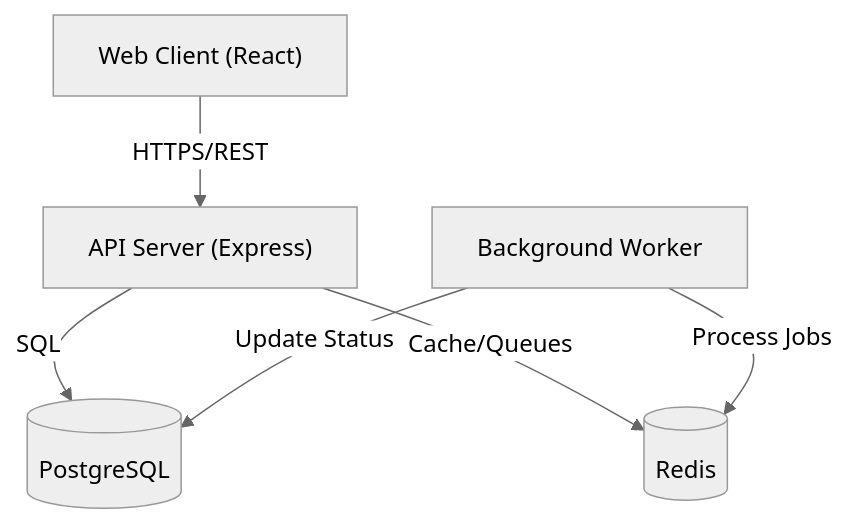
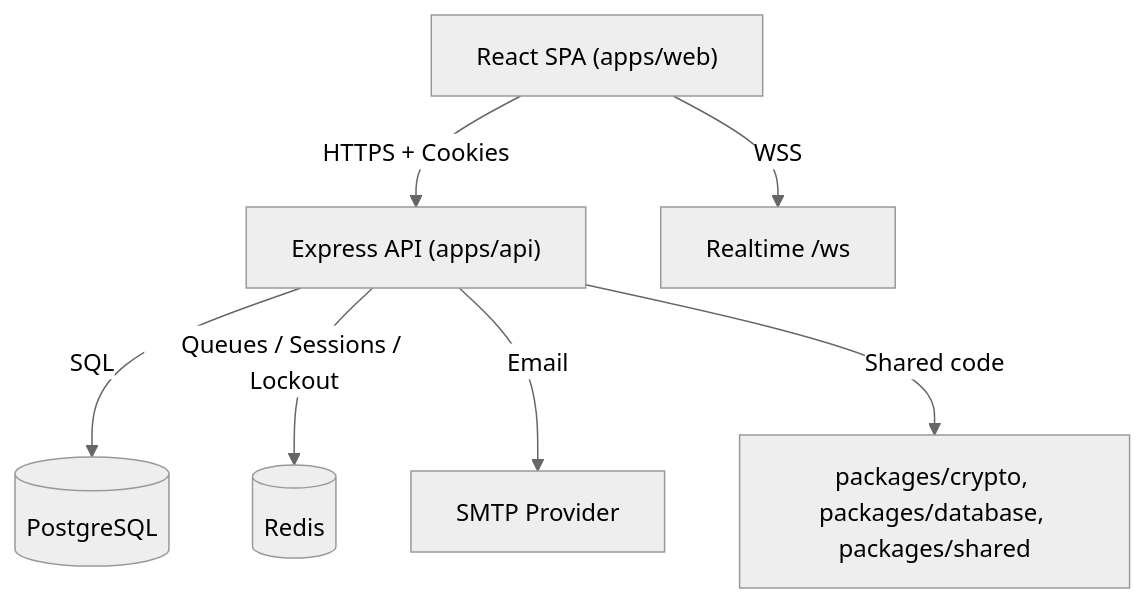
One commit to LunarVoyageX/HandoverKey changed the diagram in README.md. Above: the diagram before and after it, drawn with Mermaid (neutral theme). The commit also changed other lines of this file and 19 other files, not shown here.

````diff
--- a/README.md
+++ b/README.md
@@ -56,8 +72,9 @@
 ```mermaid
 graph TD
-    Client["Web Client (React)"] -->|HTTPS/REST| API["API Server (Express)"]
+    Browser["React SPA (apps/web)"] -->|HTTPS + Cookies| API["Express API (apps/api)"]
+    Browser -->|WSS| WS["Realtime /ws"]
     API -->|SQL| DB[("PostgreSQL")]
-    API -->|Cache/Queues| Redis[("Redis")]
-    Worker["Background Worker"] -->|Process Jobs| Redis
-    Worker -->|Update Status| DB
+    API -->|Queues / Sessions / Lockout| Redis[("Redis")]
+    API -->|Email| SMTP["SMTP Provider"]
+    API -->|Shared code| Packages["packages/crypto, packages/database, packages/shared"]
 ```
````
